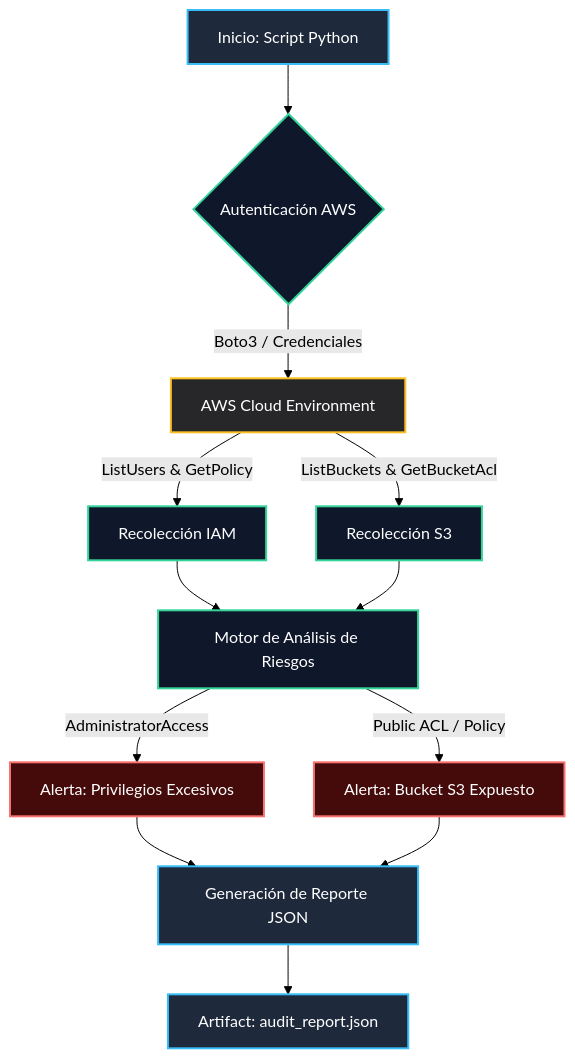
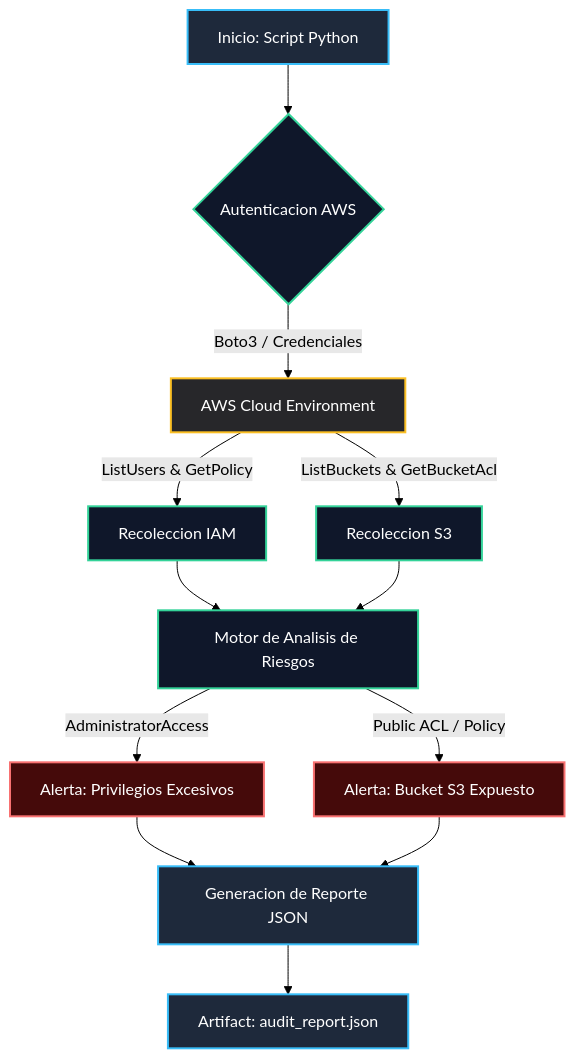
One commit to Ruben212913/AWS-Security-Engineering changed the diagram in README.md. Above: the diagram before and after it, drawn with Mermaid (forest theme). The commit also changed other lines of this file, not shown here.

Commit message:
docs: generate clean root README via safe echo commands

````diff
--- a/README.md
+++ b/README.md
@@ -10,18 +10,18 @@
 ```mermaid
 graph TD
     classDef client fill:#1e293b,stroke:#38bdf8,stroke-width:2px,color:#fff;
     classDef process fill:#0f172a,stroke:#34d399,stroke-width:2px,color:#fff;
     classDef aws fill:#27272a,stroke:#fbbf24,stroke-width:2px,color:#fff;
     classDef alert fill:#450a0a,stroke:#f87171,stroke-width:2px,color:#fff;
-    A[Inicio: Script Python]:::client --> B{Autenticación AWS}:::process
+    A[Inicio: Script Python]:::client --> B{Autenticacion AWS}:::process
     B -->|Boto3 / Credenciales| C[AWS Cloud Environment]:::aws
-    C -->|ListUsers & GetPolicy| D[Recolección IAM]:::process
-    C -->|ListBuckets & GetBucketAcl| E[Recolección S3]:::process
-    D --> F[Motor de Análisis de Riesgos]:::process
+    C -->|ListUsers & GetPolicy| D[Recoleccion IAM]:::process
+    C -->|ListBuckets & GetBucketAcl| E[Recoleccion S3]:::process
+    D --> F[Motor de Analisis de Riesgos]:::process
     E --> F
     F -->|AdministratorAccess| G[Alerta: Privilegios Excesivos]:::alert
     F -->|Public ACL / Policy| H[Alerta: Bucket S3 Expuesto]:::alert
-    G --> I[Generación de Reporte JSON]:::client
+    G --> I[Generacion de Reporte JSON]:::client
     H --> I
     I --> J[Artifact: audit_report.json]:::client
 ```
````
